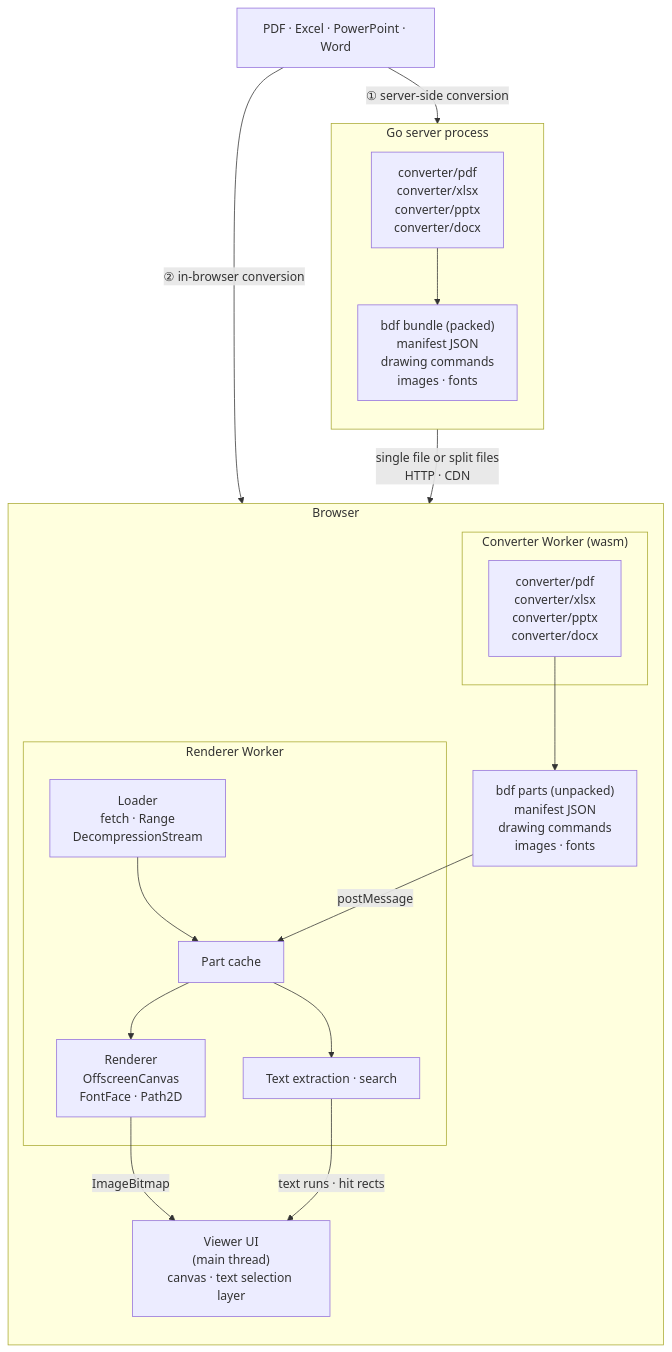
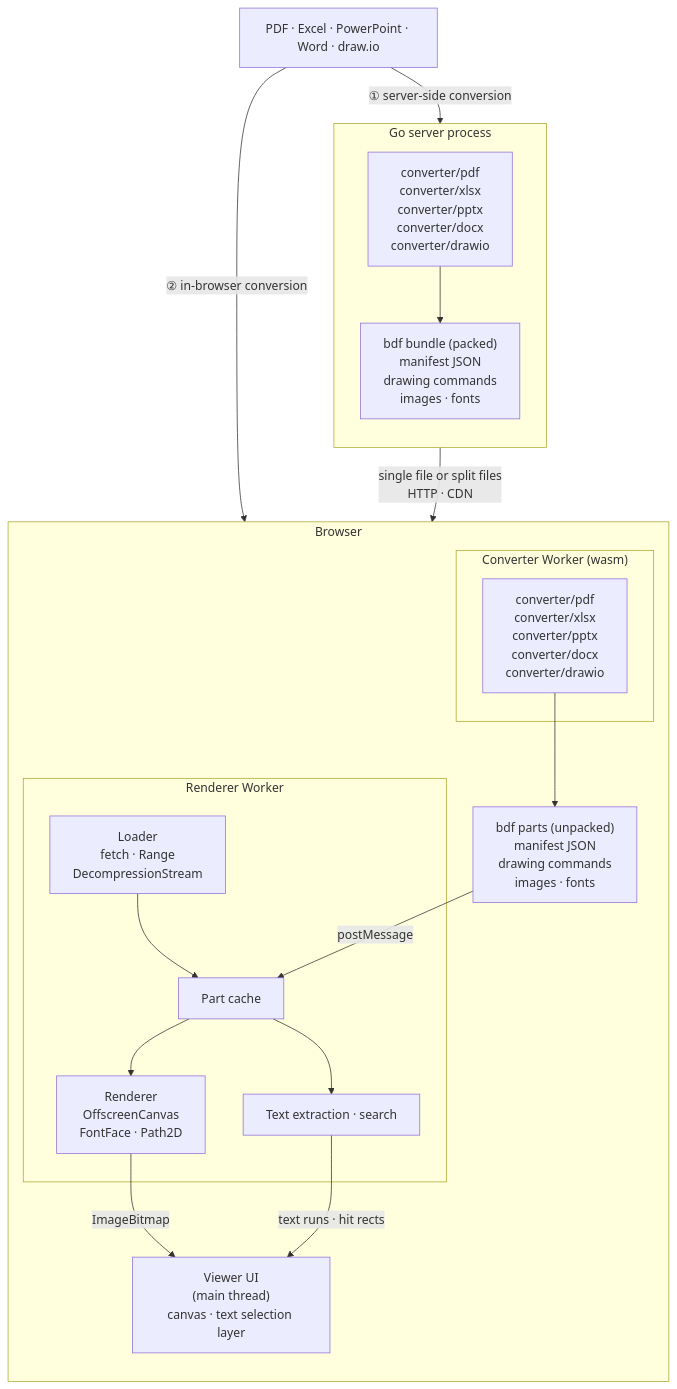
Before and after one commit to shibukawa/bdf: the diagram in README.md, drawn with Mermaid. The commit also changed other lines of this file and 4 other files, not shown here.

Commit message:
docs: draw.io converter, multiple views as sheet-like tabs, #view= links

````diff
--- a/README.md
+++ b/README.md
@@ -11,37 +11,37 @@
 ```mermaid
 flowchart TB
-    SRC["PDF · Excel · PowerPoint · Word"]
+    SRC["PDF · Excel · PowerPoint · Word · draw.io"]
 
     subgraph SERVER["Go server process"]
         direction TB
-        SCONV["converter/pdf<br/>converter/xlsx<br/>converter/pptx<br/>converter/docx"]
+        SCONV["converter/pdf<br/>converter/xlsx<br/>converter/pptx<br/>converter/docx<br/>converter/drawio"]
         BUNDLE["bdf bundle (packed)<br/>manifest JSON<br/>drawing commands<br/>images · fonts"]
         SCONV --> BUNDLE
     end
 
     subgraph BROWSER["Browser"]
         direction TB
         subgraph CWORKER["Converter Worker (wasm)"]
-            WCONV["converter/pdf<br/>converter/xlsx<br/>converter/pptx<br/>converter/docx"]
+            WCONV["converter/pdf<br/>converter/xlsx<br/>converter/pptx<br/>converter/docx<br/>converter/drawio"]
         end
         PARTS["bdf parts (unpacked)<br/>manifest JSON<br/>drawing commands<br/>images · fonts"]
         subgraph RWORKER["Renderer Worker"]
             LOADER["Loader<br/>fetch · Range<br/>DecompressionStream"]
             STORE["Part cache"]
             RENDER["Renderer<br/>OffscreenCanvas<br/>FontFace · Path2D"]
             TEXT["Text extraction · search"]
             LOADER --> STORE
             STORE --> RENDER
             STORE --> TEXT
         end
         UI["Viewer UI<br/>(main thread)<br/>canvas · text selection layer"]
         WCONV --> PARTS
     end
 
     SRC -- "① server-side conversion" --> SCONV
     SRC -- "② in-browser conversion" --> WCONV
     BUNDLE -- "single file or split files<br/>HTTP · CDN" --> LOADER
     PARTS -- "postMessage" --> STORE
     RENDER -- "ImageBitmap" --> UI
     TEXT -- "text runs · hit rects" --> UI
 ```
````
